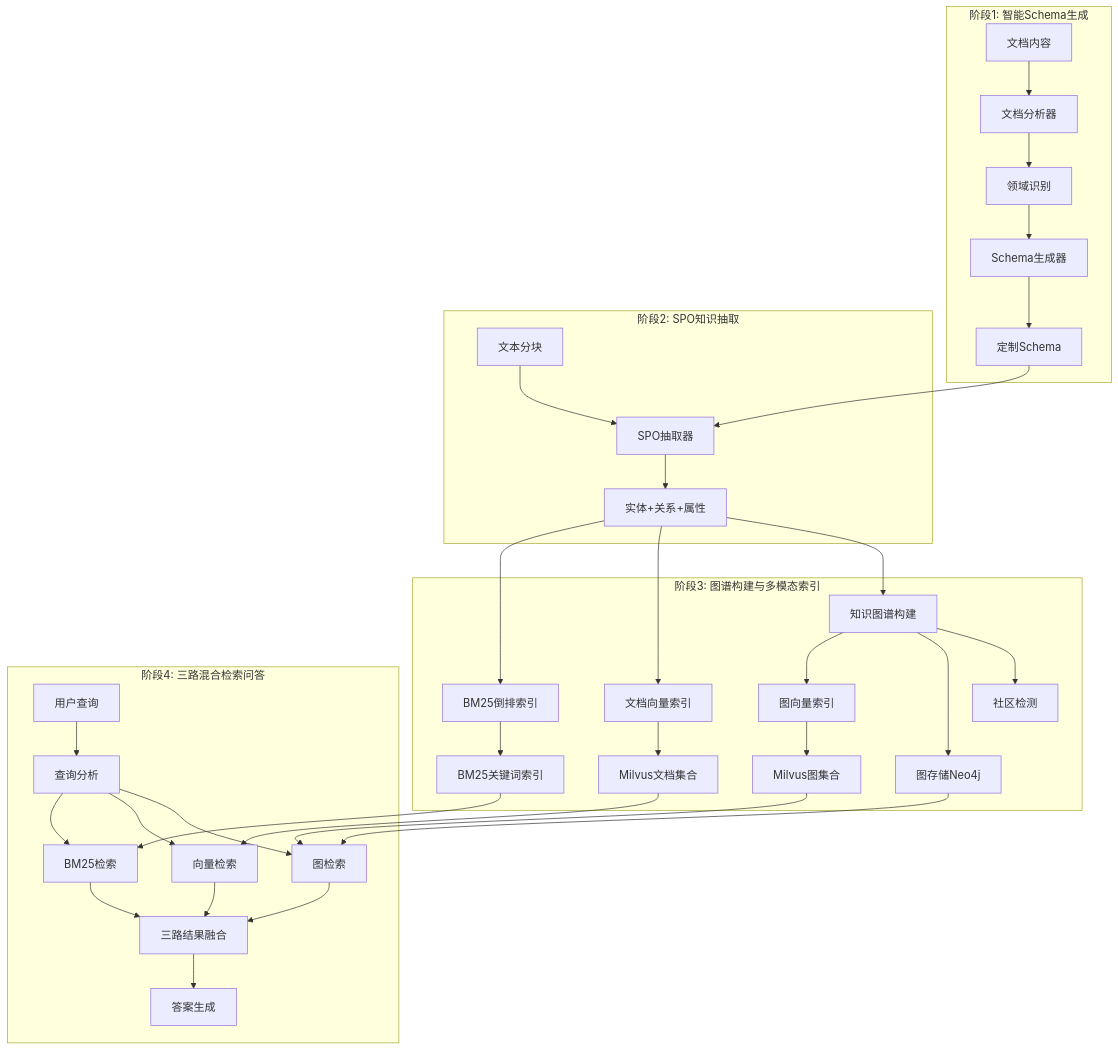
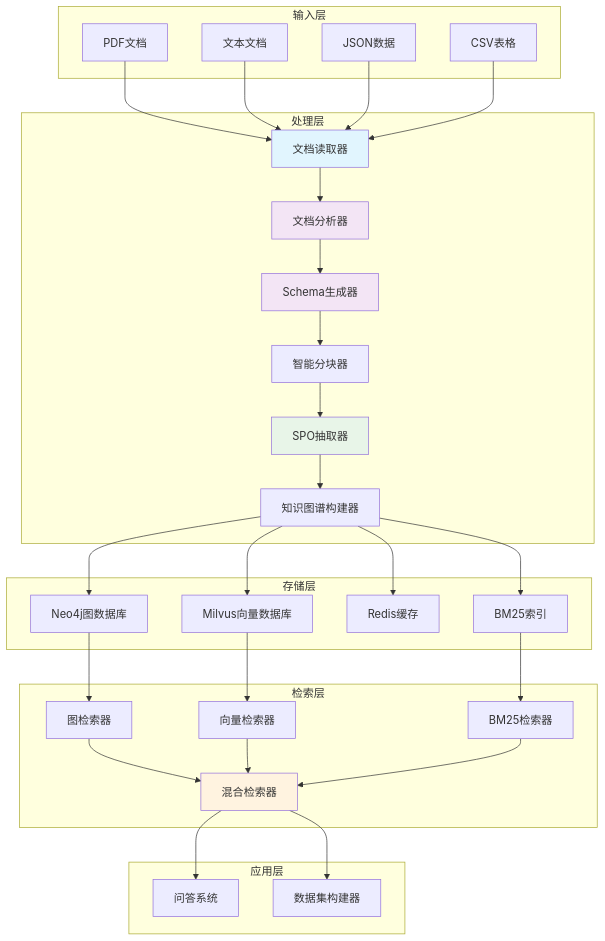
Before and after one commit to DemonDamon/AgenticX-GraphRAG: the sixth of 12 diagrams in README.md, drawn with Mermaid. The commit also changed other lines of this file, not shown here.

````diff
--- a/README.md
+++ b/README.md
@@ -55,46 +176,69 @@
 ```mermaid
-graph TD
-    subgraph "阶段1: 智能Schema生成"
-        A[文档内容] --> B[文档分析器]
-        B --> C[领域识别]
-        C --> D[Schema生成器]
-        D --> E[定制Schema]
+graph TB
+    subgraph "输入层"
+        A[PDF文档] 
+        B[文本文档]
+        C[JSON数据]
+        D[CSV表格]
     end
     
-    subgraph "阶段2: SPO知识抽取"
-        F[文本分块] --> G[SPO抽取器]
-        E --> G
-        G --> H[实体+关系+属性]
+    subgraph "处理层"
+        E[文档读取器]
+        F[文档分析器]
+        G[Schema生成器]
+        H[智能分块器]
+        I[SPO抽取器]
+        J[知识图谱构建器]
     end
     
-    subgraph "阶段3: 图谱构建与多模态索引"
-        H --> I[知识图谱构建]
-        I --> J[社区检测]
-        I --> K[图存储Neo4j]
-        
-        H --> L[文档向量索引]
-        H --> M[BM25倒排索引]
-        I --> N[图向量索引]
-        
-        L --> O[Milvus文档集合]
-        M --> P[BM25关键词索引]
-        N --> Q[Milvus图集合]
+    subgraph "存储层"
+        K[Neo4j图数据库]
+        L[Milvus向量数据库]
+        M[Redis缓存]
+        N[BM25索引]
     end
     
-    subgraph "阶段4: 三路混合检索问答"
-        R[用户查询] --> S[查询分析]
-        S --> T[图检索]
-        S --> U[向量检索]
-        S --> V[BM25检索]
-        
-        K --> T
-        Q --> T
-        O --> U
-        P --> V
-        
-        T --> W[三路结果融合]
-        U --> W
-        V --> W
-        W --> X[答案生成]
+    subgraph "检索层"
+        O[图检索器]
+        P[向量检索器]
+        Q[BM25检索器]
+        R[混合检索器]
     end
+    
+    subgraph "应用层"
+        S[问答系统]
+        T[数据集构建器]
+    end
+    
+    A --> E
+    B --> E
+    C --> E
+    D --> E
+    
+    E --> F
+    F --> G
+    G --> H
+    H --> I
+    I --> J
+    
+    J --> K
+    J --> L
+    J --> M
+    J --> N
+    
+    K --> O
+    L --> P
+    N --> Q
+    O --> R
+    P --> R
+    Q --> R
+    
+    R --> S
+    R --> T
+    
+    style E fill:#e1f5fe
+    style F fill:#f3e5f5
+    style G fill:#f3e5f5
+    style I fill:#e8f5e8
+    style R fill:#fff3e0
 ```
````
